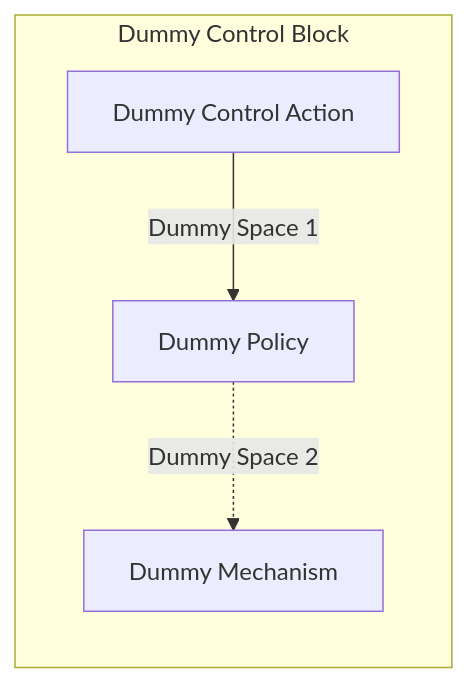
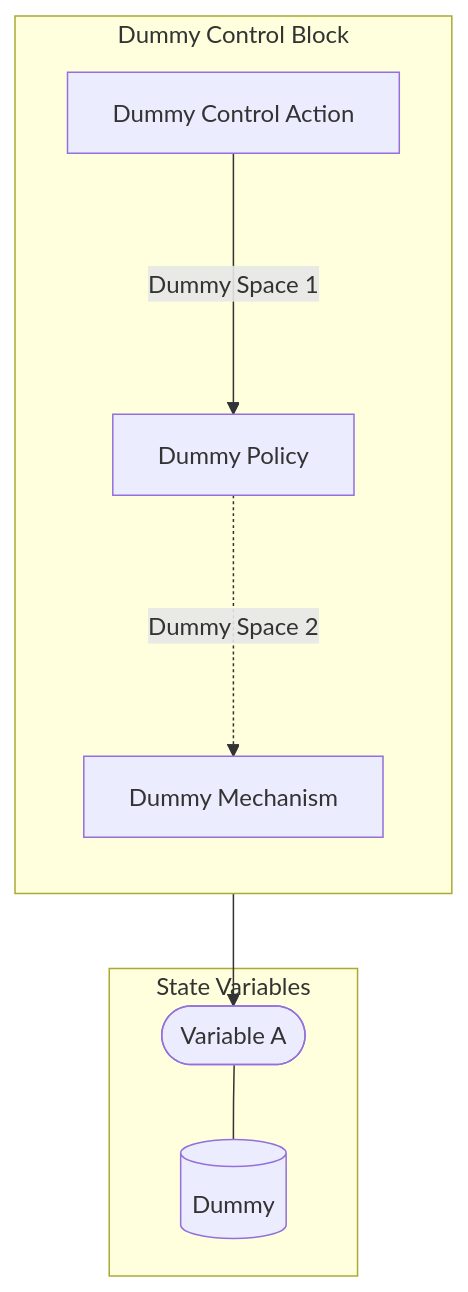
The diagram in examples/StarterRepo/reports/markdown/Wiring/Dummy Control Block.md (BlockScience/MSML), drawn with Mermaid before and after one commit. The commit also changed other lines of this file and 11 other files, not shown here.

````diff
--- a/examples/StarterRepo/reports/markdown/Wiring/Dummy Control Block.md
+++ b/examples/StarterRepo/reports/markdown/Wiring/Dummy Control Block.md
@@ -3,11 +3,19 @@
 ```mermaid
 graph TB
-subgraph X4[Dummy Control Block]
+
+subgraph SVS["State Variables"]
+EE0[("Dummy")]
+EES0(["Variable A"])
+EES0 --- EE0
+end
+
+subgraph X4["Dummy Control Block"]
 direction TB
-X1[Dummy Control Action]
-X2[Dummy Policy]
-X3[Dummy Mechanism]
-X1--"Dummy Space 1"-->X2
-X2-."Dummy Space 2".->X3
+X1["Dummy Control Action"]
+X2["Dummy Policy"]
+X3["Dummy Mechanism"]
+X3 --> EES0
+X1--"Dummy Space 1"--->X2
+X2-."Dummy Space 2"..->X3
 end
 ```
````
